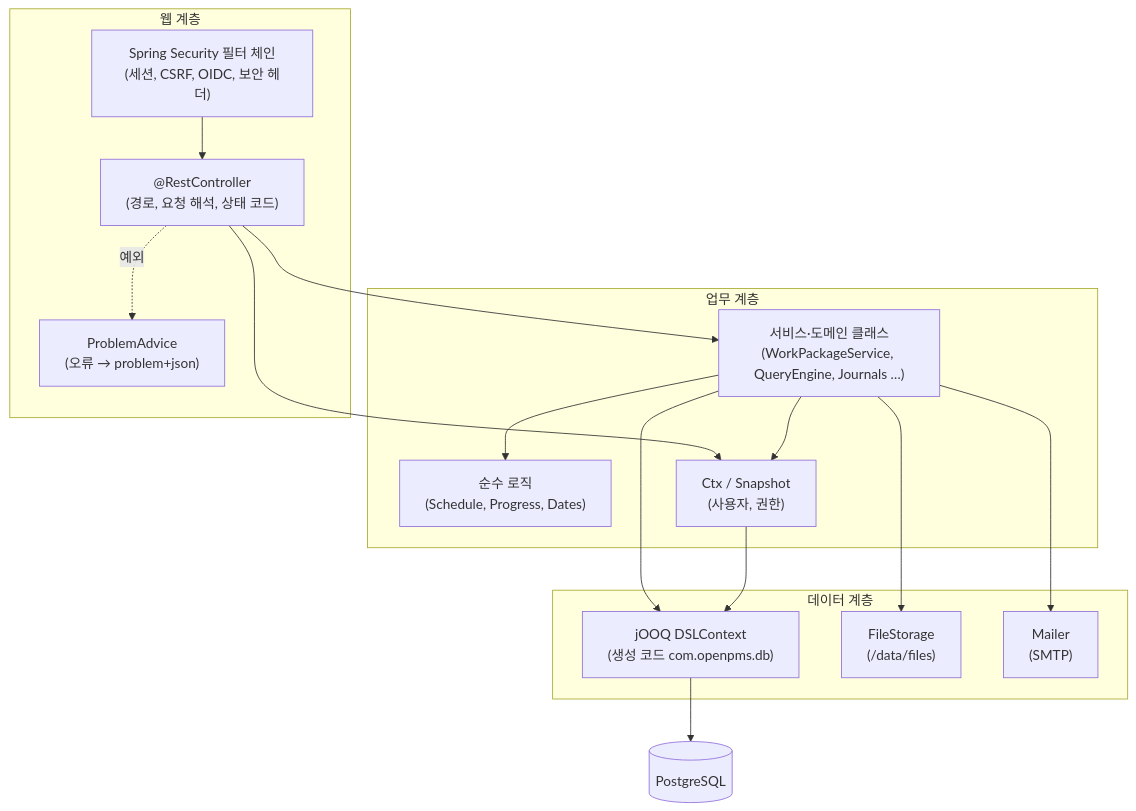
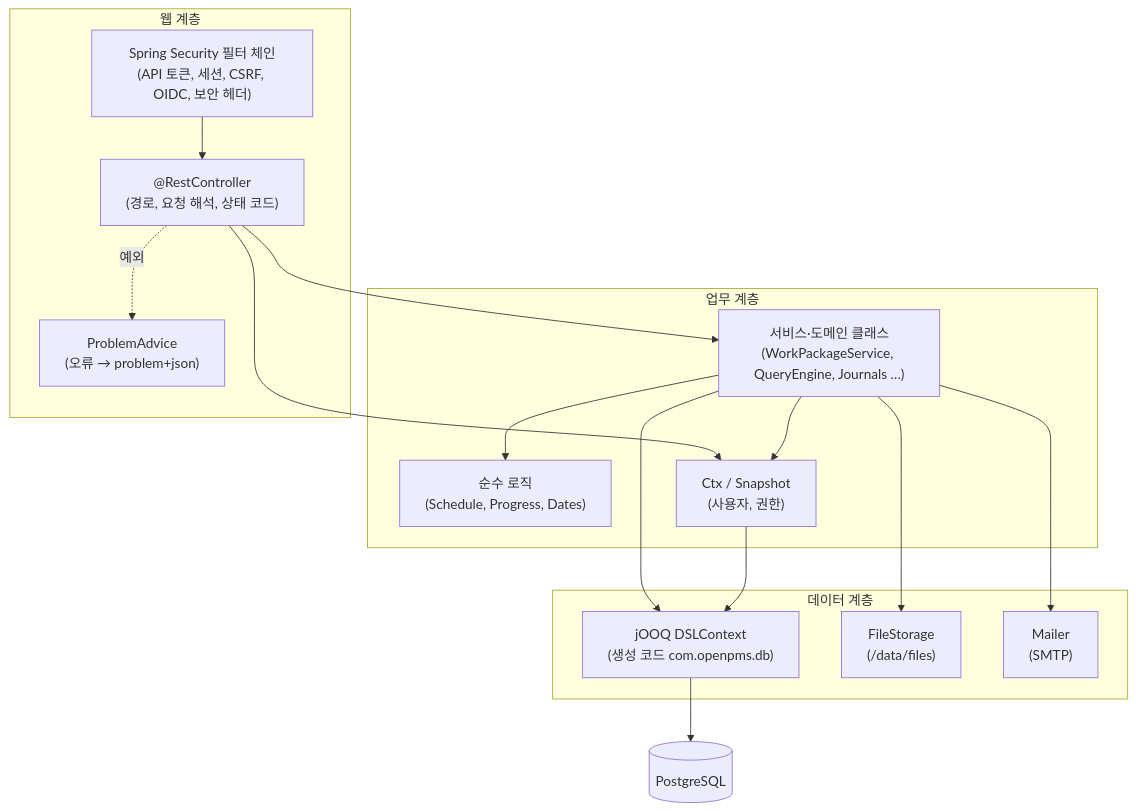
Before and after one commit to outlet13f/openPMS: the third of 7 diagrams in docs/deliverables/03-아키텍처설계서.md, drawn with Mermaid. The commit also changed other lines of this file and 16 other files, not shown here.

````diff
--- a/docs/deliverables/03-아키텍처설계서.md
+++ b/docs/deliverables/03-아키텍처설계서.md
@@ -259,29 +273,29 @@
 ```mermaid
 flowchart TB
     subgraph web["웹 계층"]
-        filter["Spring Security 필터 체인<br/>(세션, CSRF, OIDC, 보안 헤더)"]
+        filter["Spring Security 필터 체인<br/>(API 토큰, 세션, CSRF, OIDC, 보안 헤더)"]
         ctrl["@RestController<br/>(경로, 요청 해석, 상태 코드)"]
         advice["ProblemAdvice<br/>(오류 → problem+json)"]
     end
     subgraph svc["업무 계층"]
         service["서비스·도메인 클래스<br/>(WorkPackageService, QueryEngine, Journals …)"]
         pure["순수 로직<br/>(Schedule, Progress, Dates)"]
         ctx["Ctx / Snapshot<br/>(사용자, 권한)"]
     end
     subgraph data["데이터 계층"]
         jooq["jOOQ DSLContext<br/>(생성 코드 com.openpms.db)"]
         store["FileStorage<br/>(/data/files)"]
         mail["Mailer<br/>(SMTP)"]
     end
     pgsql[("PostgreSQL")]
 
     filter --> ctrl --> service
     ctrl --> ctx
     service --> ctx
     service --> pure
     service --> jooq --> pgsql
     ctx --> jooq
     service --> store
     service --> mail
     ctrl -. 예외 .-> advice
 ```
````
